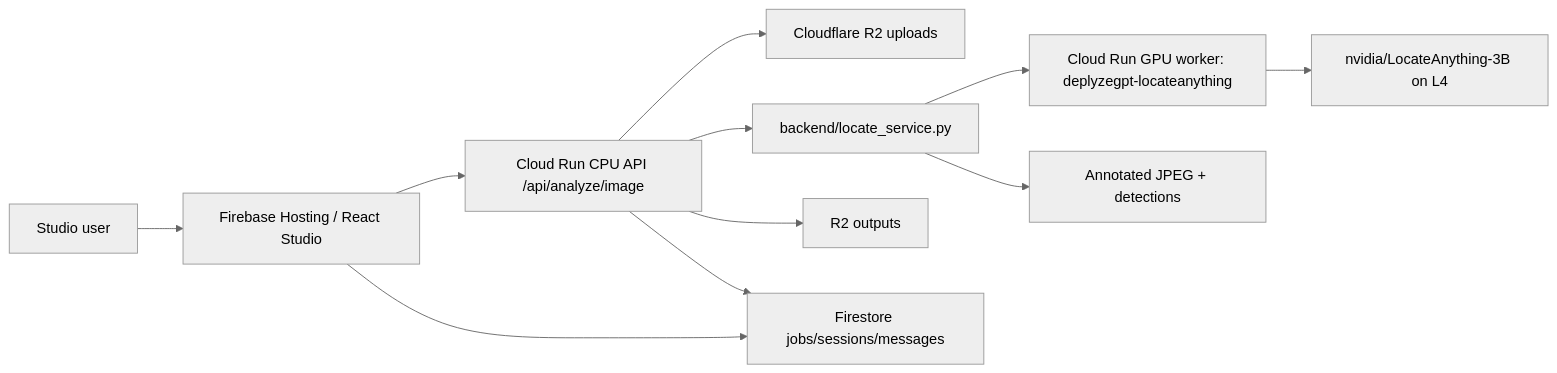
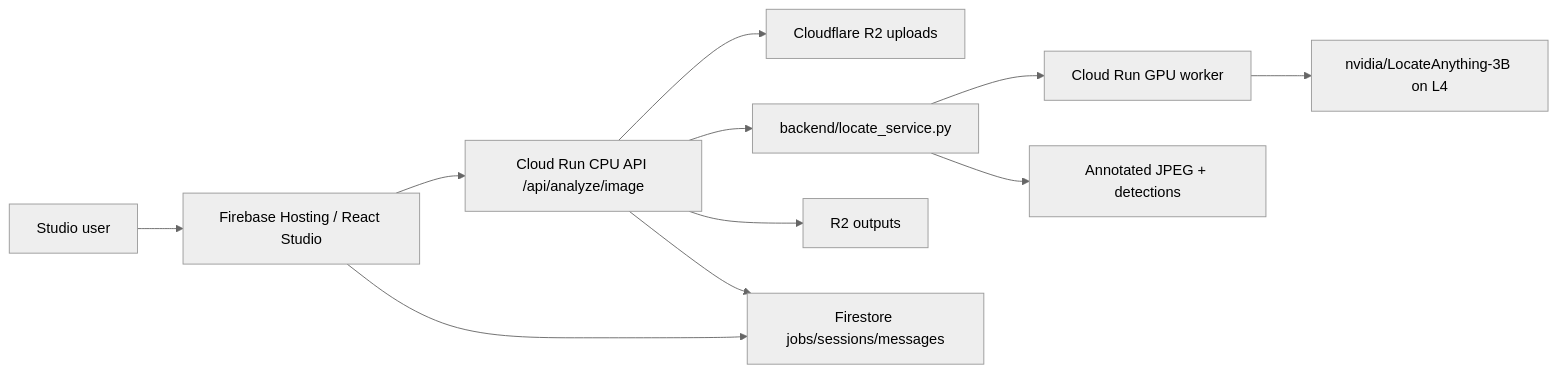
Before and after one commit to dyglo/deplyze-gpt: the diagram in docs/LOCATEANYTHING_INTEGRATION_PLAN.md, drawn with Mermaid (neutral theme). The commit also changed other lines of this file and 12 other files, not shown here.

````diff
--- a/docs/LOCATEANYTHING_INTEGRATION_PLAN.md
+++ b/docs/LOCATEANYTHING_INTEGRATION_PLAN.md
@@ -27,13 +27,13 @@
 ```mermaid
 flowchart LR
   User["Studio user"] --> FE["Firebase Hosting / React Studio"]
   FE --> API["Cloud Run CPU API /api/analyze/image"]
   API --> R2["Cloudflare R2 uploads"]
   API --> LSvc["backend/locate_service.py"]
-  LSvc --> GPU["Cloud Run GPU worker: deplyzegpt-locateanything"]
+  LSvc --> GPU["Cloud Run GPU worker"]
   GPU --> LModel["nvidia/LocateAnything-3B on L4"]
   LSvc --> Annotated["Annotated JPEG + detections"]
   API --> R2Out["R2 outputs"]
   API --> FS["Firestore jobs/sessions/messages"]
   FE --> FS
 ```
````
